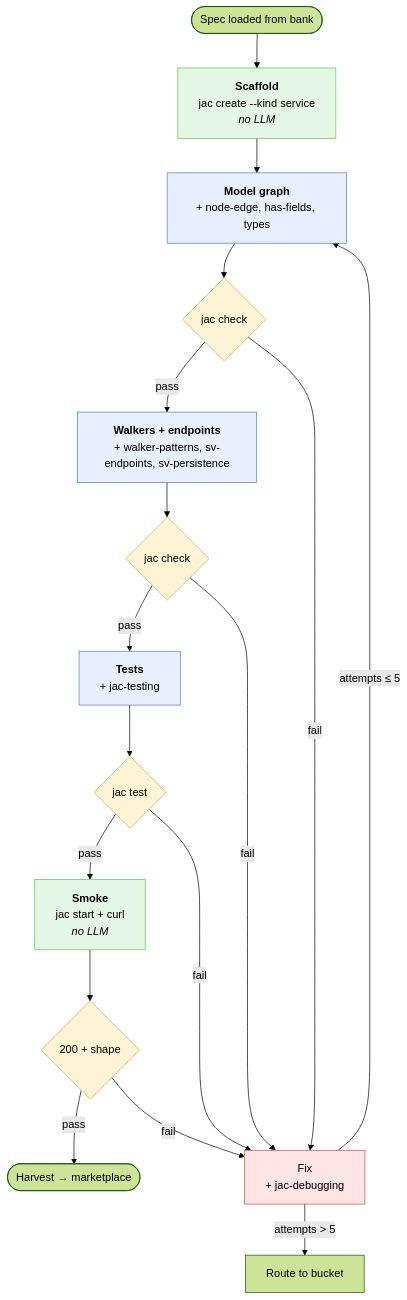
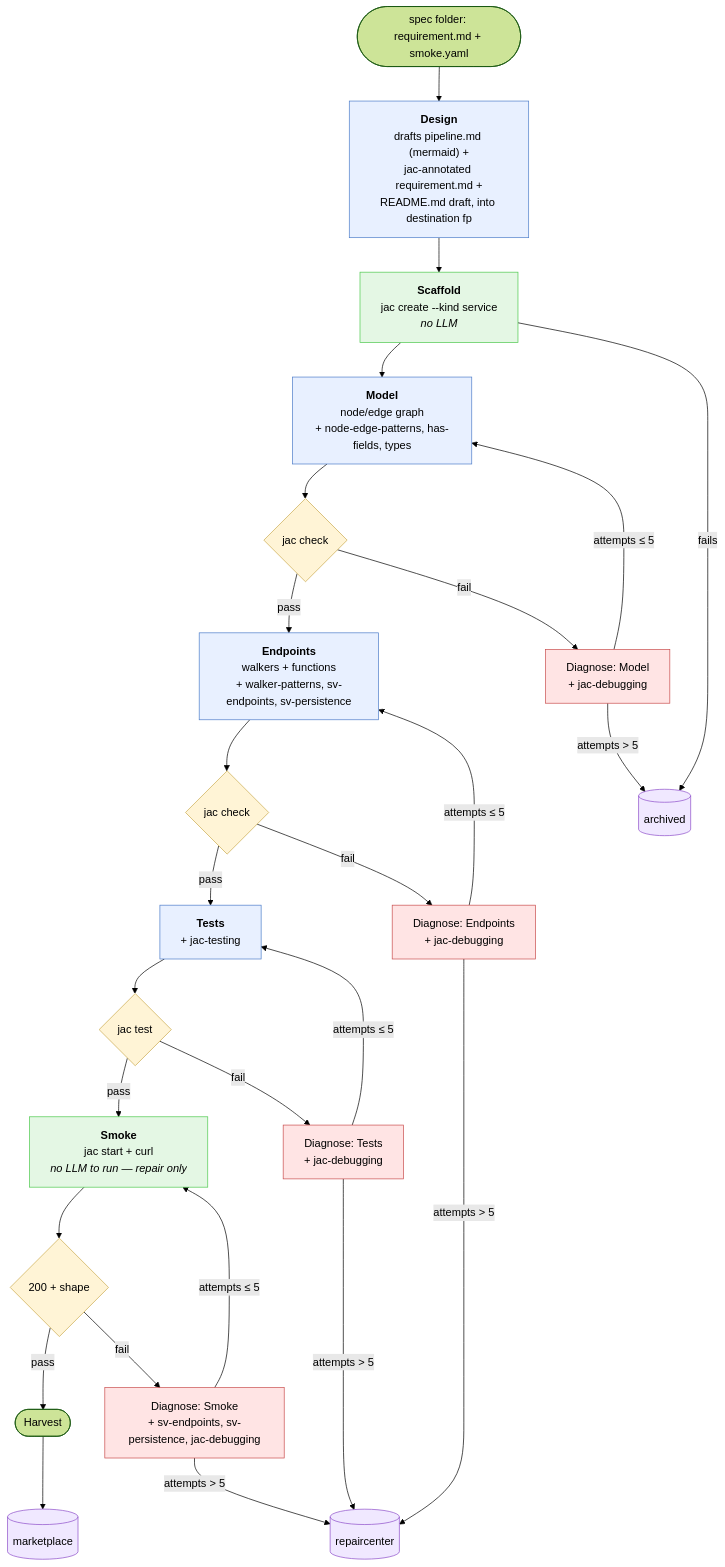
The diagram in docs/PIPELINE.md (RUI030/JacProjectFactory), drawn with Mermaid (forest theme) before and after one commit. The commit also changed other lines of this file and 54 other files, not shown here.

````diff
--- a/docs/PIPELINE.md
+++ b/docs/PIPELINE.md
@@ -18,31 +30,44 @@
 ```mermaid
 flowchart TD
-    Start([Spec loaded from bank]) --> Scaffold
-    Scaffold["<b>Scaffold</b><br/>jac create --kind service<br/><i>no LLM</i>"] --> Model["<b>Model graph</b><br/>+ node-edge, has-fields, types"]
-    Model --> CkA{jac check}
-    CkA -- pass --> Endp["<b>Walkers + endpoints</b><br/>+ walker-patterns, sv-endpoints, sv-persistence"]
-    CkA -- fail --> Fix[Fix<br/>+ jac-debugging]
-    Fix -->|attempts &le; 5| Model
-    Fix -->|attempts &gt; 5| Route[Route to bucket]
+    Start([spec folder: requirement.md + smoke.yaml]) --> Design
+    Design["<b>Design</b><br/>drafts pipeline.md (mermaid) +<br/>jac-annotated requirement.md +<br/>README.md draft, into destination fp"] --> Scaffold
+    Scaffold["<b>Scaffold</b><br/>jac create --kind service<br/><i>no LLM</i>"] --> Model
 
-    Endp --> CkB{jac check}
-    CkB -- pass --> Tests["<b>Tests</b><br/>+ jac-testing"]
-    CkB -- fail --> Fix
+    Model["<b>Model</b><br/>node/edge graph<br/>+ node-edge-patterns, has-fields, types"] --> CkA{jac check}
+    CkA -- pass --> Endp
+    CkA -- fail --> DiagModel["Diagnose: Model<br/>+ jac-debugging"]
+    DiagModel -->|attempts ≤ 5| Model
+    DiagModel -->|attempts > 5| AR1
 
-    Tests --> TGate{jac test}
-    TGate -- pass --> Smoke["<b>Smoke</b><br/>jac start + curl<br/><i>no LLM</i>"]
-    TGate -- fail --> Fix
+    Endp["<b>Endpoints</b><br/>walkers + functions<br/>+ walker-patterns, sv-endpoints, sv-persistence"] --> CkB{jac check}
+    CkB -- pass --> Tests
+    CkB -- fail --> DiagEndp["Diagnose: Endpoints<br/>+ jac-debugging"]
+    DiagEndp -->|attempts ≤ 5| Endp
+    DiagEndp -->|attempts > 5| RC1[("repaircenter")]
 
-    Smoke --> SGate{200 + shape}
-    SGate -- pass --> Harvest([Harvest → marketplace])
-    SGate -- fail --> Fix
+    Tests["<b>Tests</b><br/>+ jac-testing"] --> TGate{jac test}
+    TGate -- pass --> Smoke
+    TGate -- fail --> DiagTests["Diagnose: Tests<br/>+ jac-debugging"]
+    DiagTests -->|attempts ≤ 5| Tests
+    DiagTests -->|attempts > 5| RC1
+
+    Smoke["<b>Smoke</b><br/>jac start + curl<br/><i>no LLM to run — repair only</i>"] --> SGate{200 + shape}
+    SGate -- pass --> Harvest
+    SGate -- fail --> DiagSmoke["Diagnose: Smoke<br/>+ sv-endpoints, sv-persistence, jac-debugging"]
+    DiagSmoke -->|attempts ≤ 5| Smoke
+    DiagSmoke -->|attempts > 5| RC1
+
+    Harvest([Harvest]) --> MP[("marketplace")]
+    Scaffold -- fails --> AR1[("archived")]
 
     classDef llm fill:#e8f0ff,stroke:#4d7dc9
     classDef gate fill:#fff4d6,stroke:#c9a94d
     classDef fix fill:#ffe4e4,stroke:#c94d4d
     classDef det fill:#e4f7e4,stroke:#4dc94d
-    class Model,Endp,Tests llm
+    classDef bucket fill:#f0e8ff,stroke:#8d4dc9
+    class Design,Model,Endp,Tests llm
     class CkA,CkB,TGate,SGate gate
-    class Fix fix
+    class DiagModel,DiagEndp,DiagTests,DiagSmoke fix
     class Scaffold,Smoke det
+    class MP,AR1,RC1 bucket
 ```
````
